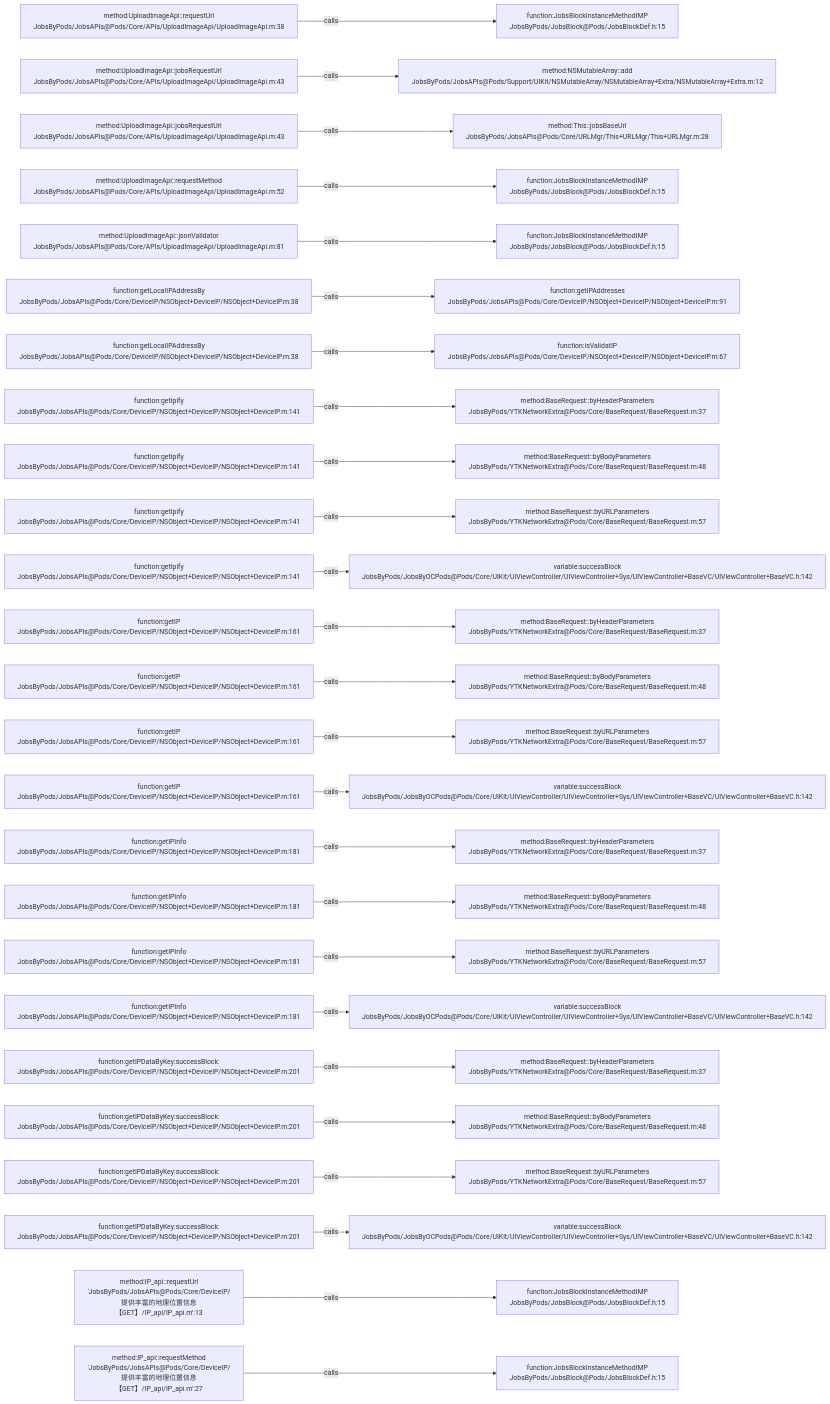
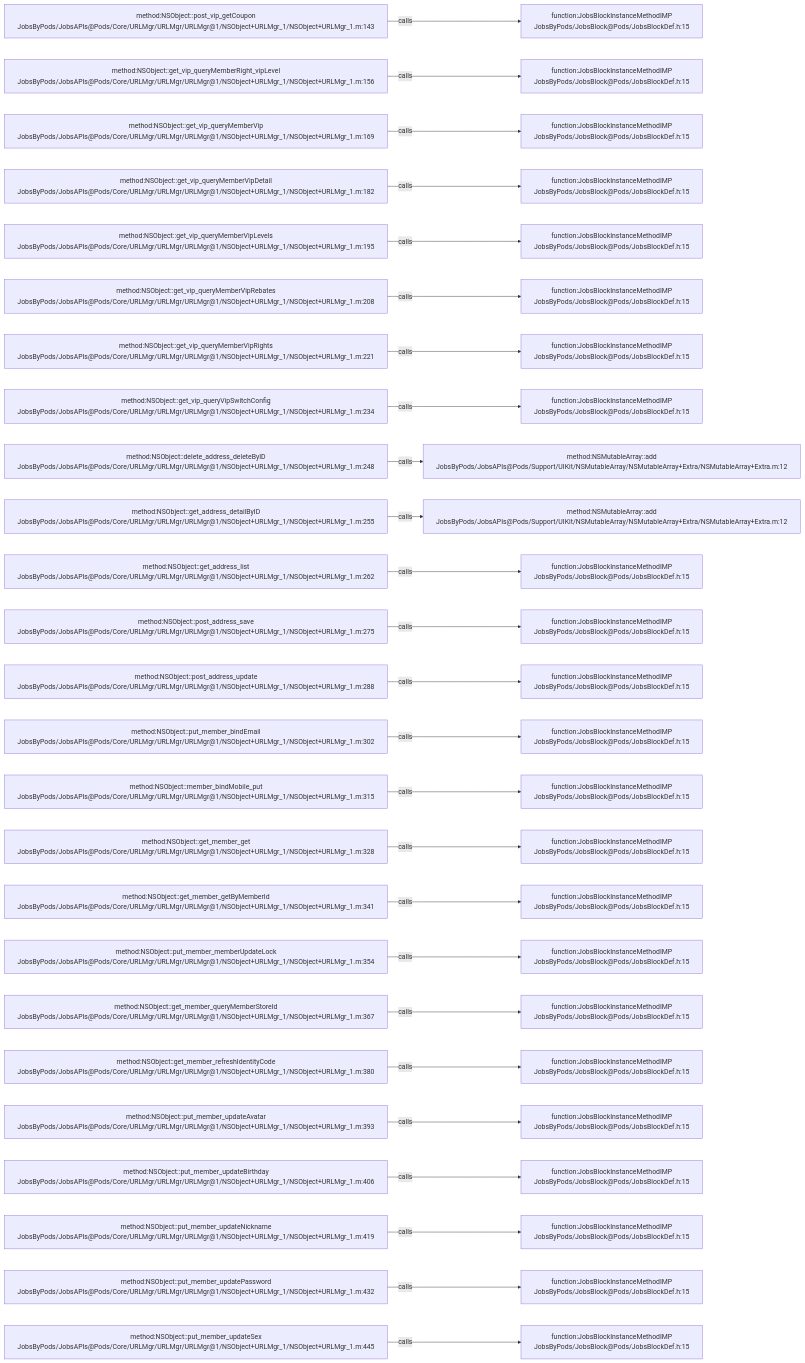
One commit to JobsKits/JobsOCBaseConfigDemo changed the diagram in .codegraph/codegraph.md/graphs/calls-052.md. Above: the diagram before and after it, drawn with Mermaid. The commit also changed 223 other files, not shown here.

````diff
--- a/.codegraph/codegraph.md/graphs/calls-052.md
+++ b/.codegraph/codegraph.md/graphs/calls-052.md
@@ -13,78 +13,78 @@
 ```mermaid
 flowchart LR
-  S1["method:UploadImageApi::requestUrl<br/>JobsByPods/JobsAPIs@Pods/Core/APIs/UploadImageApi/UploadImageApi.m:38"]
+  S1["method:NSObject::post_vip_getCoupon<br/>JobsByPods/JobsAPIs@Pods/Core/URLMgr/URLMgr/URLMgr@1/NSObject+URLMgr_1/NSObject+URLMgr_1.m:143"]
   T1["function:JobsBlockInstanceMethodIMP<br/>JobsByPods/JobsBlock@Pods/JobsBlockDef.h:15"]
   S1 -->|calls| T1
-  S2["method:UploadImageApi::jobsRequestUrl<br/>JobsByPods/JobsAPIs@Pods/Core/APIs/UploadImageApi/UploadImageApi.m:43"]
-  T2["method:NSMutableArray::add<br/>JobsByPods/JobsAPIs@Pods/Support/UIKit/NSMutableArray/NSMutableArray+Extra/NSMutableArray+Extra.m:12"]
+  S2["method:NSObject::get_vip_queryMemberRight_vipLevel<br/>JobsByPods/JobsAPIs@Pods/Core/URLMgr/URLMgr/URLMgr@1/NSObject+URLMgr_1/NSObject+URLMgr_1.m:156"]
+  T2["function:JobsBlockInstanceMethodIMP<br/>JobsByPods/JobsBlock@Pods/JobsBlockDef.h:15"]
   S2 -->|calls| T2
-  S3["method:UploadImageApi::jobsRequestUrl<br/>JobsByPods/JobsAPIs@Pods/Core/APIs/UploadImageApi/UploadImageApi.m:43"]
-  T3["method:This::jobsBaseUrl<br/>JobsByPods/JobsAPIs@Pods/Core/URLMgr/This+URLMgr/This+URLMgr.m:28"]
+  S3["method:NSObject::get_vip_queryMemberVip<br/>JobsByPods/JobsAPIs@Pods/Core/URLMgr/URLMgr/URLMgr@1/NSObject+URLMgr_1/NSObject+URLMgr_1.m:169"]
+  T3["function:JobsBlockInstanceMethodIMP<br/>JobsByPods/JobsBlock@Pods/JobsBlockDef.h:15"]
   S3 -->|calls| T3
-  S4["method:UploadImageApi::requestMethod<br/>JobsByPods/JobsAPIs@Pods/Core/APIs/UploadImageApi/UploadImageApi.m:52"]
+  S4["method:NSObject::get_vip_queryMemberVipDetail<br/>JobsByPods/JobsAPIs@Pods/Core/URLMgr/URLMgr/URLMgr@1/NSObject+URLMgr_1/NSObject+URLMgr_1.m:182"]
   T4["function:JobsBlockInstanceMethodIMP<br/>JobsByPods/JobsBlock@Pods/JobsBlockDef.h:15"]
   S4 -->|calls| T4
-  S5["method:UploadImageApi::jsonValidator<br/>JobsByPods/JobsAPIs@Pods/Core/APIs/UploadImageApi/UploadImageApi.m:81"]
+  S5["method:NSObject::get_vip_queryMemberVipLevels<br/>JobsByPods/JobsAPIs@Pods/Core/URLMgr/URLMgr/URLMgr@1/NSObject+URLMgr_1/NSObject+URLMgr_1.m:195"]
   T5["function:JobsBlockInstanceMethodIMP<br/>JobsByPods/JobsBlock@Pods/JobsBlockDef.h:15"]
   S5 -->|calls| T5
-  S6["function:getLocalIPAddressBy<br/>JobsByPods/JobsAPIs@Pods/Core/DeviceIP/NSObject+DeviceIP/NSObject+DeviceIP.m:38"]
-  T6["function:getIPAddresses<br/>JobsByPods/JobsAPIs@Pods/Core/DeviceIP/NSObject+DeviceIP/NSObject+DeviceIP.m:91"]
+  S6["method:NSObject::get_vip_queryMemberVipRebates<br/>JobsByPods/JobsAPIs@Pods/Core/URLMgr/URLMgr/URLMgr@1/NSObject+URLMgr_1/NSObject+URLMgr_1.m:208"]
+  T6["function:JobsBlockInstanceMethodIMP<br/>JobsByPods/JobsBlock@Pods/JobsBlockDef.h:15"]
   S6 -->|calls| T6
-  S7["function:getLocalIPAddressBy<br/>JobsByPods/JobsAPIs@Pods/Core/DeviceIP/NSObject+DeviceIP/NSObject+DeviceIP.m:38"]
-  T7["function:isValidatIP<br/>JobsByPods/JobsAPIs@Pods/Core/DeviceIP/NSObject+DeviceIP/NSObject+DeviceIP.m:67"]
+  S7["method:NSObject::get_vip_queryMemberVipRights<br/>JobsByPods/JobsAPIs@Pods/Core/URLMgr/URLMgr/URLMgr@1/NSObject+URLMgr_1/NSObject+URLMgr_1.m:221"]
+  T7["function:JobsBlockInstanceMethodIMP<br/>JobsByPods/JobsBlock@Pods/JobsBlockDef.h:15"]
   S7 -->|calls| T7
-  S8["function:getIpify<br/>JobsByPods/JobsAPIs@Pods/Core/DeviceIP/NSObject+DeviceIP/NSObject+DeviceIP.m:141"]
-  T8["method:BaseRequest::byHeaderParameters<br/>JobsByPods/YTKNetworkExtra@Pods/Core/BaseRequest/BaseRequest.m:37"]
+  S8["method:NSObject::get_vip_queryVipSwitchConfig<br/>JobsByPods/JobsAPIs@Pods/Core/URLMgr/URLMgr/URLMgr@1/NSObject+URLMgr_1/NSObject+URLMgr_1.m:234"]
+  T8["function:JobsBlockInstanceMethodIMP<br/>JobsByPods/JobsBlock@Pods/JobsBlockDef.h:15"]
   S8 -->|calls| T8
-  S9["function:getIpify<br/>JobsByPods/JobsAPIs@Pods/Core/DeviceIP/NSObject+DeviceIP/NSObject+DeviceIP.m:141"]
-  T9["method:BaseRequest::byBodyParameters<br/>JobsByPods/YTKNetworkExtra@Pods/Core/BaseRequest/BaseRequest.m:48"]
+  S9["method:NSObject::delete_address_deleteByID<br/>JobsByPods/JobsAPIs@Pods/Core/URLMgr/URLMgr/URLMgr@1/NSObject+URLMgr_1/NSObject+URLMgr_1.m:248"]
+  T9["method:NSMutableArray::add<br/>JobsByPods/JobsAPIs@Pods/Support/UIKit/NSMutableArray/NSMutableArray+Extra/NSMutableArray+Extra.m:12"]
   S9 -->|calls| T9
-  S10["function:getIpify<br/>JobsByPods/JobsAPIs@Pods/Core/DeviceIP/NSObject+DeviceIP/NSObject+DeviceIP.m:141"]
-  T10["method:BaseRequest::byURLParameters<br/>JobsByPods/YTKNetworkExtra@Pods/Core/BaseRequest/BaseRequest.m:57"]
+  S10["method:NSObject::get_address_detailByID<br/>JobsByPods/JobsAPIs@Pods/Core/URLMgr/URLMgr/URLMgr@1/NSObject+URLMgr_1/NSObject+URLMgr_1.m:255"]
+  T10["method:NSMutableArray::add<br/>JobsByPods/JobsAPIs@Pods/Support/UIKit/NSMutableArray/NSMutableArray+Extra/NSMutableArray+Extra.m:12"]
   S10 -->|calls| T10
-  S11["function:getIpify<br/>JobsByPods/JobsAPIs@Pods/Core/DeviceIP/NSObject+DeviceIP/NSObject+DeviceIP.m:141"]
-  T11["variable:successBlock<br/>JobsByPods/JobsByOCPods@Pods/Core/UIKit/UIViewController/UIViewController+Sys/UIViewController+BaseVC/UIViewController+BaseVC.h:142"]
+  S11["method:NSObject::get_address_list<br/>JobsByPods/JobsAPIs@Pods/Core/URLMgr/URLMgr/URLMgr@1/NSObject+URLMgr_1/NSObject+URLMgr_1.m:262"]
+  T11["function:JobsBlockInstanceMethodIMP<br/>JobsByPods/JobsBlock@Pods/JobsBlockDef.h:15"]
   S11 -->|calls| T11
-  S12["function:getIP<br/>JobsByPods/JobsAPIs@Pods/Core/DeviceIP/NSObject+DeviceIP/NSObject+DeviceIP.m:161"]
-  T12["method:BaseRequest::byHeaderParameters<br/>JobsByPods/YTKNetworkExtra@Pods/Core/BaseRequest/BaseRequest.m:37"]
+  S12["method:NSObject::post_address_save<br/>JobsByPods/JobsAPIs@Pods/Core/URLMgr/URLMgr/URLMgr@1/NSObject+URLMgr_1/NSObject+URLMgr_1.m:275"]
+  T12["function:JobsBlockInstanceMethodIMP<br/>JobsByPods/JobsBlock@Pods/JobsBlockDef.h:15"]
   S12 -->|calls| T12
-  S13["function:getIP<br/>JobsByPods/JobsAPIs@Pods/Core/DeviceIP/NSObject+DeviceIP/NSObject+DeviceIP.m:161"]
-  T13["method:BaseRequest::byBodyParameters<br/>JobsByPods/YTKNetworkExtra@Pods/Core/BaseRequest/BaseRequest.m:48"]
+  S13["method:NSObject::post_address_update<br/>JobsByPods/JobsAPIs@Pods/Core/URLMgr/URLMgr/URLMgr@1/NSObject+URLMgr_1/NSObject+URLMgr_1.m:288"]
+  T13["function:JobsBlockInstanceMethodIMP<br/>JobsByPods/JobsBlock@Pods/JobsBlockDef.h:15"]
   S13 -->|calls| T13
-  S14["function:getIP<br/>JobsByPods/JobsAPIs@Pods/Core/DeviceIP/NSObject+DeviceIP/NSObject+DeviceIP.m:161"]
-  T14["method:BaseRequest::byURLParameters<br/>JobsByPods/YTKNetworkExtra@Pods/Core/BaseRequest/BaseRequest.m:57"]
+  S14["method:NSObject::put_member_bindEmail<br/>JobsByPods/JobsAPIs@Pods/Core/URLMgr/URLMgr/URLMgr@1/NSObject+URLMgr_1/NSObject+URLMgr_1.m:302"]
+  T14["function:JobsBlockInstanceMethodIMP<br/>JobsByPods/JobsBlock@Pods/JobsBlockDef.h:15"]
   S14 -->|calls| T14
-  S15["function:getIP<br/>JobsByPods/JobsAPIs@Pods/Core/DeviceIP/NSObject+DeviceIP/NSObject+DeviceIP.m:161"]
-  T15["variable:successBlock<br/>JobsByPods/JobsByOCPods@Pods/Core/UIKit/UIViewController/UIViewController+Sys/UIViewController+BaseVC/UIViewController+BaseVC.h:142"]
+  S15["method:NSObject::member_bindMobile_put<br/>JobsByPods/JobsAPIs@Pods/Core/URLMgr/URLMgr/URLMgr@1/NSObject+URLMgr_1/NSObject+URLMgr_1.m:315"]
+  T15["function:JobsBlockInstanceMethodIMP<br/>JobsByPods/JobsBlock@Pods/JobsBlockDef.h:15"]
   S15 -->|calls| T15
-  S16["function:getIPInfo<br/>JobsByPods/JobsAPIs@Pods/Core/DeviceIP/NSObject+DeviceIP/NSObject+DeviceIP.m:181"]
-  T16["method:BaseRequest::byHeaderParameters<br/>JobsByPods/YTKNetworkExtra@Pods/Core/BaseRequest/BaseRequest.m:37"]
+  S16["method:NSObject::get_member_get<br/>JobsByPods/JobsAPIs@Pods/Core/URLMgr/URLMgr/URLMgr@1/NSObject+URLMgr_1/NSObject+URLMgr_1.m:328"]
+  T16["function:JobsBlockInstanceMethodIMP<br/>JobsByPods/JobsBlock@Pods/JobsBlockDef.h:15"]
   S16 -->|calls| T16
-  S17["function:getIPInfo<br/>JobsByPods/JobsAPIs@Pods/Core/DeviceIP/NSObject+DeviceIP/NSObject+DeviceIP.m:181"]
-  T17["method:BaseRequest::byBodyParameters<br/>JobsByPods/YTKNetworkExtra@Pods/Core/BaseRequest/BaseRequest.m:48"]
+  S17["method:NSObject::get_member_getByMemberId<br/>JobsByPods/JobsAPIs@Pods/Core/URLMgr/URLMgr/URLMgr@1/NSObject+URLMgr_1/NSObject+URLMgr_1.m:341"]
+  T17["function:JobsBlockInstanceMethodIMP<br/>JobsByPods/JobsBlock@Pods/JobsBlockDef.h:15"]
   S17 -->|calls| T17
-  S18["function:getIPInfo<br/>JobsByPods/JobsAPIs@Pods/Core/DeviceIP/NSObject+DeviceIP/NSObject+DeviceIP.m:181"]
-  T18["method:BaseRequest::byURLParameters<br/>JobsByPods/YTKNetworkExtra@Pods/Core/BaseRequest/BaseRequest.m:57"]
+  S18["method:NSObject::put_member_memberUpdateLock<br/>JobsByPods/JobsAPIs@Pods/Core/URLMgr/URLMgr/URLMgr@1/NSObject+URLMgr_1/NSObject+URLMgr_1.m:354"]
+  T18["function:JobsBlockInstanceMethodIMP<br/>JobsByPods/JobsBlock@Pods/JobsBlockDef.h:15"]
   S18 -->|calls| T18
-  S19["function:getIPInfo<br/>JobsByPods/JobsAPIs@Pods/Core/DeviceIP/NSObject+DeviceIP/NSObject+DeviceIP.m:181"]
-  T19["variable:successBlock<br/>JobsByPods/JobsByOCPods@Pods/Core/UIKit/UIViewController/UIViewController+Sys/UIViewController+BaseVC/UIViewController+BaseVC.h:142"]
+  S19["method:NSObject::get_member_queryMemberStoreId<br/>JobsByPods/JobsAPIs@Pods/Core/URLMgr/URLMgr/URLMgr@1/NSObject+URLMgr_1/NSObject+URLMgr_1.m:367"]
+  T19["function:JobsBlockInstanceMethodIMP<br/>JobsByPods/JobsBlock@Pods/JobsBlockDef.h:15"]
   S19 -->|calls| T19
-  S20["function:getIPDataByKey:successBlock:<br/>JobsByPods/JobsAPIs@Pods/Core/DeviceIP/NSObject+DeviceIP/NSObject+DeviceIP.m:201"]
-  T20["method:BaseRequest::byHeaderParameters<br/>JobsByPods/YTKNetworkExtra@Pods/Core/BaseRequest/BaseRequest.m:37"]
+  S20["method:NSObject::get_member_refreshIdentityCode<br/>JobsByPods/JobsAPIs@Pods/Core/URLMgr/URLMgr/URLMgr@1/NSObject+URLMgr_1/NSObject+URLMgr_1.m:380"]
+  T20["function:JobsBlockInstanceMethodIMP<br/>JobsByPods/JobsBlock@Pods/JobsBlockDef.h:15"]
   S20 -->|calls| T20
-  S21["function:getIPDataByKey:successBlock:<br/>JobsByPods/JobsAPIs@Pods/Core/DeviceIP/NSObject+DeviceIP/NSObject+DeviceIP.m:201"]
-  T21["method:BaseRequest::byBodyParameters<br/>JobsByPods/YTKNetworkExtra@Pods/Core/BaseRequest/BaseRequest.m:48"]
+  S21["method:NSObject::put_member_updateAvatar<br/>JobsByPods/JobsAPIs@Pods/Core/URLMgr/URLMgr/URLMgr@1/NSObject+URLMgr_1/NSObject+URLMgr_1.m:393"]
+  T21["function:JobsBlockInstanceMethodIMP<br/>JobsByPods/JobsBlock@Pods/JobsBlockDef.h:15"]
   S21 -->|calls| T21
-  S22["function:getIPDataByKey:successBlock:<br/>JobsByPods/JobsAPIs@Pods/Core/DeviceIP/NSObject+DeviceIP/NSObject+DeviceIP.m:201"]
-  T22["method:BaseRequest::byURLParameters<br/>JobsByPods/YTKNetworkExtra@Pods/Core/BaseRequest/BaseRequest.m:57"]
+  S22["method:NSObject::put_member_updateBirthday<br/>JobsByPods/JobsAPIs@Pods/Core/URLMgr/URLMgr/URLMgr@1/NSObject+URLMgr_1/NSObject+URLMgr_1.m:406"]
+  T22["function:JobsBlockInstanceMethodIMP<br/>JobsByPods/JobsBlock@Pods/JobsBlockDef.h:15"]
   S22 -->|calls| T22
-  S23["function:getIPDataByKey:successBlock:<br/>JobsByPods/JobsAPIs@Pods/Core/DeviceIP/NSObject+DeviceIP/NSObject+DeviceIP.m:201"]
-  T23["variable:successBlock<br/>JobsByPods/JobsByOCPods@Pods/Core/UIKit/UIViewController/UIViewController+Sys/UIViewController+BaseVC/UIViewController+BaseVC.h:142"]
+  S23["method:NSObject::put_member_updateNickname<br/>JobsByPods/JobsAPIs@Pods/Core/URLMgr/URLMgr/URLMgr@1/NSObject+URLMgr_1/NSObject+URLMgr_1.m:419"]
+  T23["function:JobsBlockInstanceMethodIMP<br/>JobsByPods/JobsBlock@Pods/JobsBlockDef.h:15"]
   S23 -->|calls| T23
-  S24["method:IP_api::requestUrl<br/>'JobsByPods/JobsAPIs@Pods/Core/DeviceIP/提供丰富的地理位置信息【GET】/IP_api/IP_api.m':13"]
+  S24["method:NSObject::put_member_updatePassword<br/>JobsByPods/JobsAPIs@Pods/Core/URLMgr/URLMgr/URLMgr@1/NSObject+URLMgr_1/NSObject+URLMgr_1.m:432"]
   T24["function:JobsBlockInstanceMethodIMP<br/>JobsByPods/JobsBlock@Pods/JobsBlockDef.h:15"]
   S24 -->|calls| T24
-  S25["method:IP_api::requestMethod<br/>'JobsByPods/JobsAPIs@Pods/Core/DeviceIP/提供丰富的地理位置信息【GET】/IP_api/IP_api.m':27"]
+  S25["method:NSObject::put_member_updateSex<br/>JobsByPods/JobsAPIs@Pods/Core/URLMgr/URLMgr/URLMgr@1/NSObject+URLMgr_1/NSObject+URLMgr_1.m:445"]
   T25["function:JobsBlockInstanceMethodIMP<br/>JobsByPods/JobsBlock@Pods/JobsBlockDef.h:15"]
   S25 -->|calls| T25
 ```
````
